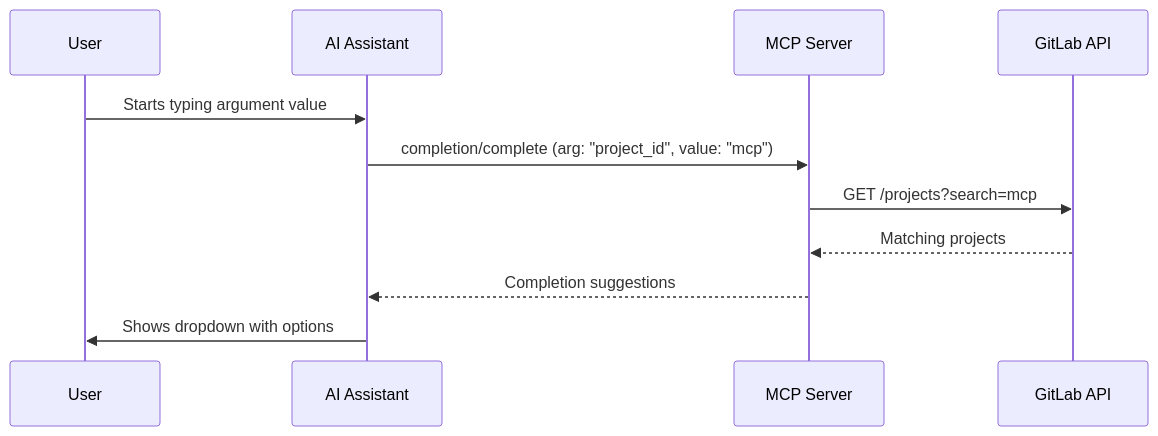
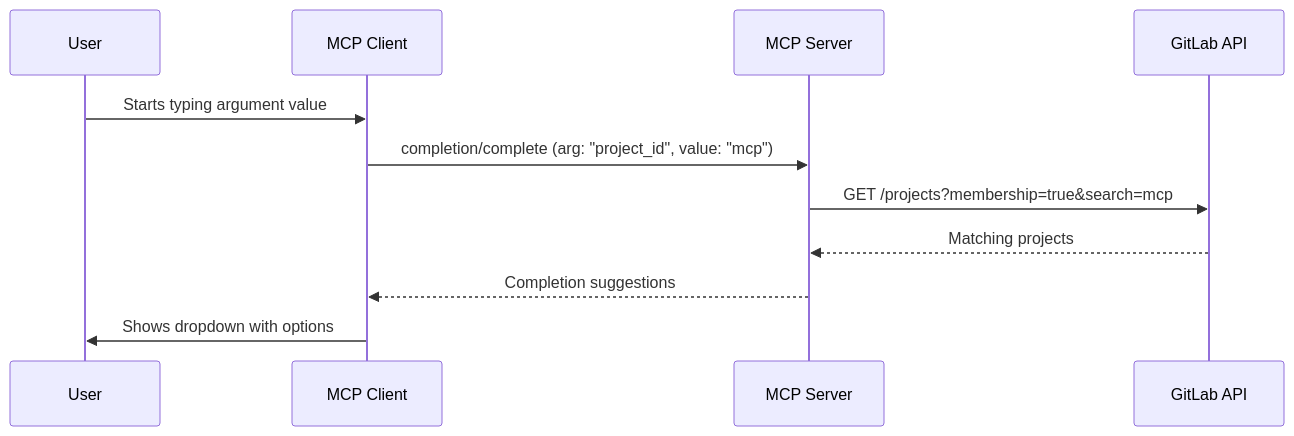
The diagram in site/src/content/docs/capabilities/completions.mdx (jmrplens/gitlab-mcp-server), drawn with Mermaid before and after one commit. The commit also changed other lines of this file and 73 other files, not shown here.

````diff
--- a/site/src/content/docs/capabilities/completions.mdx
+++ b/site/src/content/docs/capabilities/completions.mdx
@@ -40,14 +48,14 @@
 ```mermaid
 sequenceDiagram
     participant U as User
-    participant AI as AI Assistant
+    participant C as MCP Client
     participant S as MCP Server
     participant GL as GitLab API
 
-    U->>AI: Starts typing argument value
-    AI->>S: completion/complete (arg: "project_id", value: "mcp")
-    S->>GL: GET /projects?search=mcp
+    U->>C: Starts typing argument value
+    C->>S: completion/complete (arg: "project_id", value: "mcp")
+    S->>GL: GET /projects?membership=true&search=mcp
     GL-->>S: Matching projects
-    S-->>AI: Completion suggestions
-    AI->>U: Shows dropdown with options
+    S-->>C: Completion suggestions
+    C->>U: Shows dropdown with options
 ```
````
